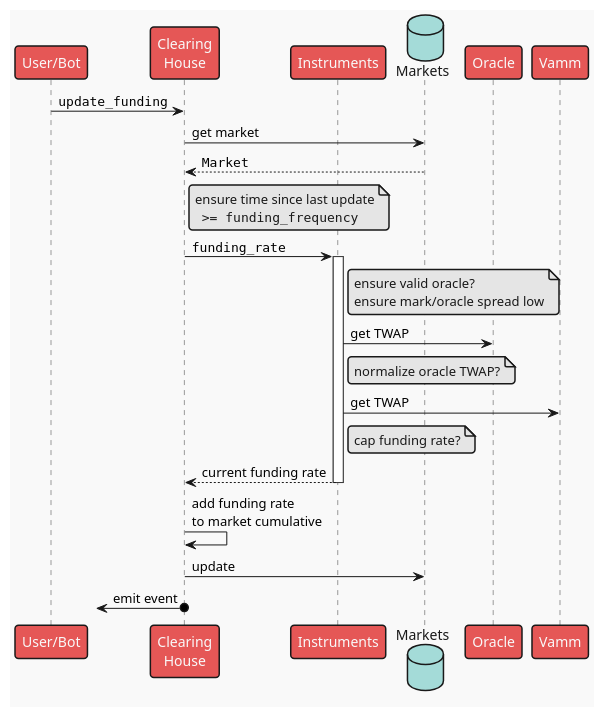
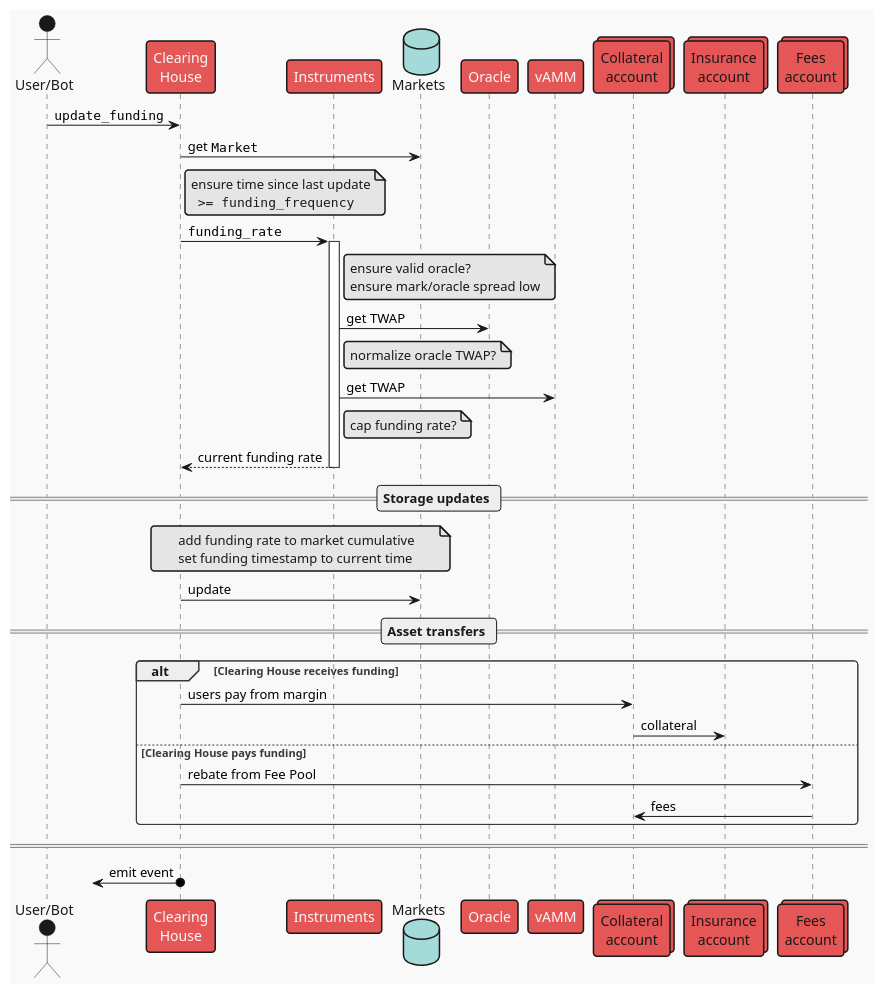
Before and after one commit to ComposableFi/composable: the diagram in frame/clearing-house/diagrams/update-funding.plantuml, drawn with PlantUML. The commit also changed 5 other files, not shown here.

First line of the commit message:
docs(CH): overhaul sequence diagrams

```diff
--- a/frame/clearing-house/diagrams/update-funding.plantuml
+++ b/frame/clearing-house/diagrams/update-funding.plantuml
@@ -1,42 +1,60 @@
 @startuml update_funding
 !theme mars
 
-participant "User/Bot" as user
+actor "User/Bot" as user
 participant "Clearing\nHouse" as ch
 participant "Instruments" as inst
 database "Markets" as mkts
 participant "Oracle" as oracle
-participant "Vamm" as vamm
+participant "vAMM" as vamm
+collections "Collateral\naccount" as vault
+collections "Insurance\naccount" as insurance
+collections "Fees\naccount" as fees
 
 user -> ch : ""update_funding""
 
-ch -> mkts : get market
-return ""Market""
+ch -> mkts : get ""Market""
 
 note right ch
 ensure time since last update
   "">= funding_frequency""
 end note
 
 ch -> inst ++: ""funding_rate""
 note right inst
 ensure valid oracle?
 ensure mark/oracle spread low
 end note
 inst -> oracle : get TWAP
 note right inst
 normalize oracle TWAP?
 end note
 inst -> vamm : get TWAP
 note right inst
 cap funding rate?
 end note
 return current funding rate
 
-ch -> ch : add funding rate\nto market cumulative
+== Storage updates ==
 
+note over ch, mkts
+add funding rate to market cumulative
+set funding timestamp to current time
+end note
 ch -> mkts : update
+
+== Asset transfers ==
+
+alt Clearing House receives funding
+    ch -> vault : users pay from margin
+    vault -> insurance : collateral
+else Clearing House pays funding
+    ch -> fees : rebate from Fee Pool
+    fees -> vault : fees
+end
+
+====
 
 ?<-o ch : emit event
 
 @enduml
```
